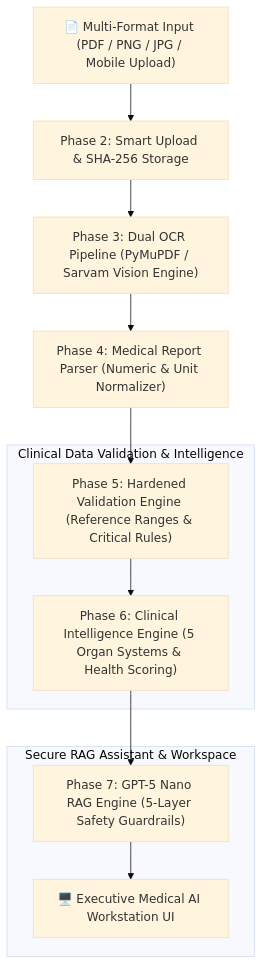
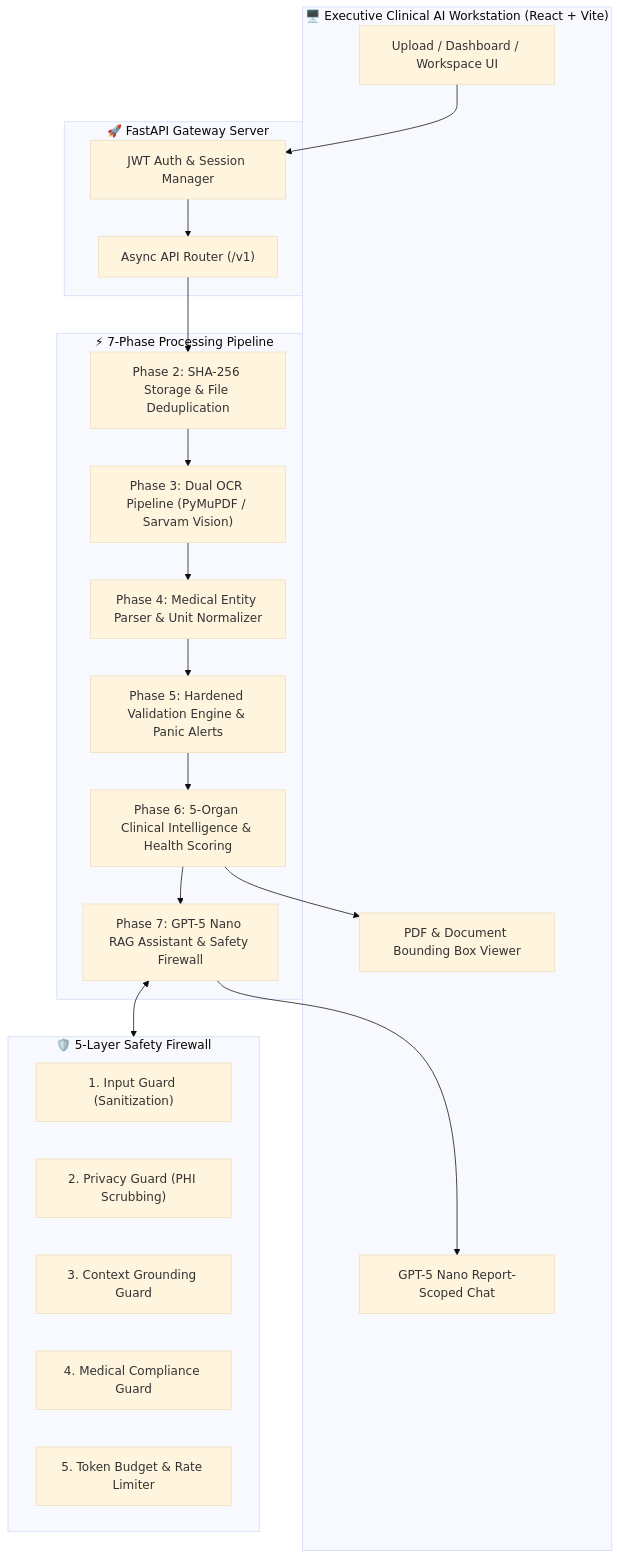
The first of 2 diagrams in README.md (ishwaribhoyar2004-arch/random), drawn with Mermaid (base theme) before and after one commit. The commit also changed other lines of this file, not shown here.

Commit message:
docs: elevate README with interactive collapsible deep-dives, security flowcharts, and organ matrix

````diff
--- a/README.md
+++ b/README.md
@@ -42,20 +68,37 @@
 ```mermaid
-flowchart TD
-    A["📄 Multi-Format Input (PDF / PNG / JPG / Mobile Upload)"] --> B["Phase 2: Smart Upload & SHA-256 Storage"]
-    B --> C["Phase 3: Dual OCR Pipeline (PyMuPDF / Sarvam Vision Engine)"]
-    C --> D["Phase 4: Medical Report Parser (Numeric & Unit Normalizer)"]
-    D --> E["Phase 5: Hardened Validation Engine (Reference Ranges & Critical Rules)"]
-    E --> F["Phase 6: Clinical Intelligence Engine (5 Organ Systems & Health Scoring)"]
-    F --> G["Phase 7: GPT-5 Nano RAG Engine (5-Layer Safety Guardrails)"]
-    G --> H["🖥️ Executive Medical AI Workstation UI"]
-
-    subgraph "Clinical Data Validation & Intelligence"
-        E
-        F
+flowchart TB
+    subgraph Client["🖥️ Executive Clinical AI Workstation (React + Vite)"]
+        UI["Upload / Dashboard / Workspace UI"]
+        Viewer["PDF & Document Bounding Box Viewer"]
+        Chat["GPT-5 Nano Report-Scoped Chat"]
     end
 
-    subgraph "Secure RAG Assistant & Workspace"
-        G
-        H
+    subgraph API["🚀 FastAPI Gateway Server"]
+        Auth["JWT Auth & Session Manager"]
+        Router["Async API Router (/v1)"]
     end
+
+    subgraph CoreEngine["⚡ 7-Phase Processing Pipeline"]
+        P2["Phase 2: SHA-256 Storage & File Deduplication"]
+        P3["Phase 3: Dual OCR Pipeline (PyMuPDF / Sarvam Vision)"]
+        P4["Phase 4: Medical Entity Parser & Unit Normalizer"]
+        P5["Phase 5: Hardened Validation Engine & Panic Alerts"]
+        P6["Phase 6: 5-Organ Clinical Intelligence & Health Scoring"]
+        P7["Phase 7: GPT-5 Nano RAG Assistant & Safety Firewall"]
+    end
+
+    subgraph Safety["🛡️ 5-Layer Safety Firewall"]
+        G1["1. Input Guard (Sanitization)"]
+        G2["2. Privacy Guard (PHI Scrubbing)"]
+        G3["3. Context Grounding Guard"]
+        G4["4. Medical Compliance Guard"]
+        G5["5. Token Budget & Rate Limiter"]
+    end
+
+    UI --> Auth
+    Auth --> Router
+    Router --> P2 --> P3 --> P4 --> P5 --> P6 --> P7
+    P7 <--> Safety
+    P7 --> Chat
+    P6 --> Viewer
 ```
````
